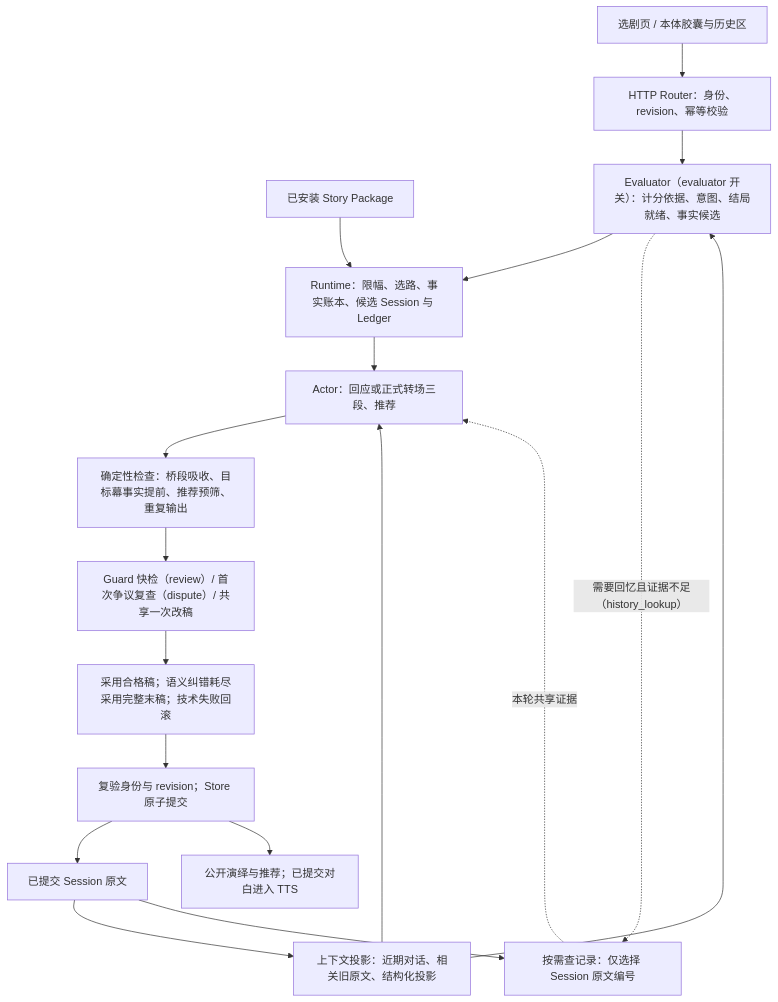
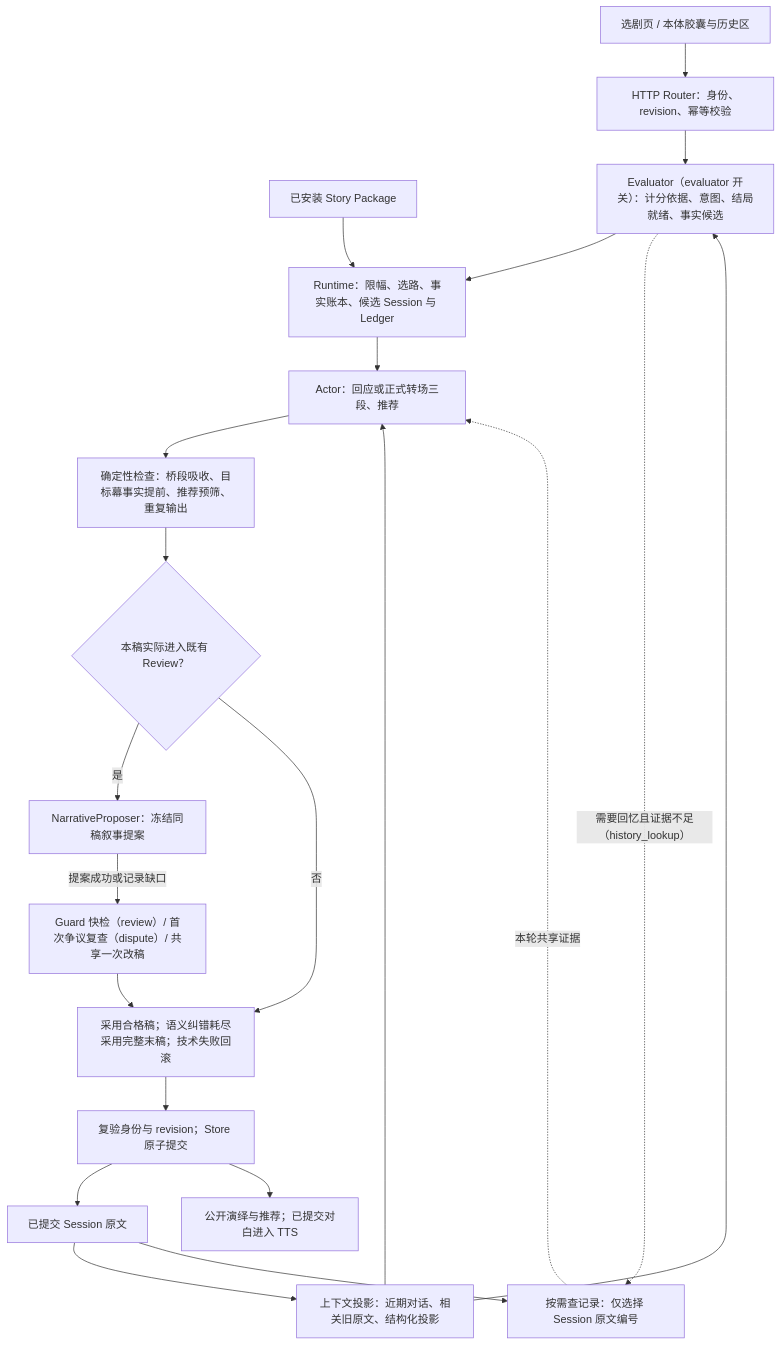
Before and after one commit to fe1iscurc0r/scratchfield: the first of 3 diagrams in NEKO/N.E.K.O/docs/design/neko-theater-architecture.md, drawn with Mermaid. The commit also changed other lines of this file and 2464 other files, not shown here.

````diff
--- a/NEKO/N.E.K.O/docs/design/neko-theater-architecture.md
+++ b/NEKO/N.E.K.O/docs/design/neko-theater-architecture.md
@@ -18,20 +21,23 @@
 ```mermaid
 flowchart TD
     UI["选剧页 / 本体胶囊与历史区"] --> API["HTTP Router：身份、revision、幂等校验"]
     Package["已安装 Story Package"] --> Runtime["Runtime：限幅、选路、事实账本、候选 Session 与 Ledger"]
     API --> Eval["Evaluator（evaluator 开关）：计分依据、意图、结局就绪、事实候选"]
     Session["已提交 Session 原文"] --> Context["上下文投影：近期对话、相关旧原文、结构化投影"]
     Context --> Eval
     Eval --> Runtime
     Eval -. "需要回忆且证据不足（history_lookup）" .-> Lookup["按需查记录：仅选择 Session 原文编号"]
     Session --> Lookup
     Runtime --> Actor["Actor：回应或正式转场三段、推荐"]
     Context --> Actor
     Lookup -. "本轮共享证据" .-> Actor
     Actor --> Checks["确定性检查：桥段吸收、目标幕事实提前、推荐预筛、重复输出"]
-    Checks --> Review["Guard 快检（review）/ 首次争议复查（dispute）/ 共享一次改稿"]
+    Checks --> ReviewGate{"本稿实际进入既有 Review？"}
+    ReviewGate -->|是| Proposer["NarrativeProposer：冻结同稿叙事提案"]
+    Proposer -->|提案成功或记录缺口| Review["Guard 快检（review）/ 首次争议复查（dispute）/ 共享一次改稿"]
+    ReviewGate -->|否| Adopt
     Review --> Adopt["采用合格稿；语义纠错耗尽采用完整末稿；技术失败回滚"]
     Adopt --> Commit["复验身份与 revision；Store 原子提交"]
     Commit --> Session
     Commit --> Display["公开演绎与推荐；已提交对白进入 TTS"]
 ```
````
